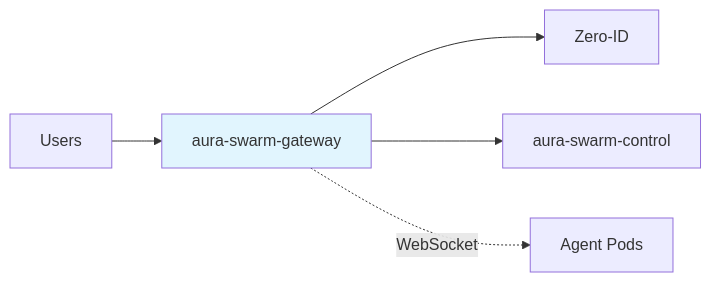
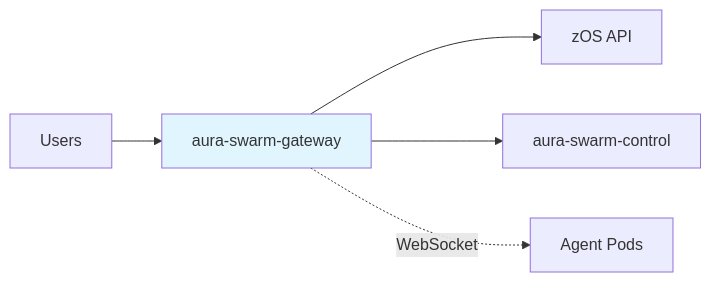
The first of 2 diagrams in docs/spec/v0.1.0/02-api-gateway.md (cypher-asi/aura-swarm), drawn with Mermaid before and after one commit. The commit also changed other lines of this file and 64 other files, not shown here.

````diff
--- a/docs/spec/v0.1.0/02-api-gateway.md
+++ b/docs/spec/v0.1.0/02-api-gateway.md
@@ -17,9 +17,9 @@
 ```mermaid
 graph LR
     Users[Users] --> Gateway[aura-swarm-gateway]
-    Gateway --> ZeroID[Zero-ID]
+    Gateway --> zOS[zOS API]
     Gateway --> Control[aura-swarm-control]
     Gateway -.->|WebSocket| Agents[Agent Pods]
     
     style Gateway fill:#e1f5fe
 ```
````
